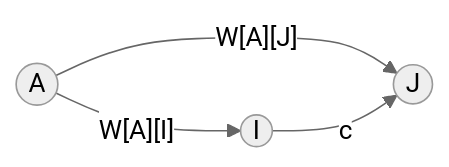
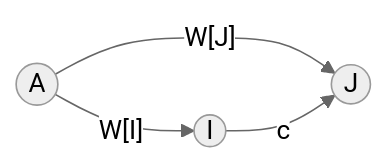
One commit to CHOYUNSIG/algorithm_with_boj changed the first of 3 diagrams in _posts/2024-01-07-bellman_ford.md. Above: the diagram before and after it, drawn with Mermaid (neutral theme). The commit also changed other lines of this file, not shown here.

````diff
--- a/_posts/2024-01-07-bellman_ford.md
+++ b/_posts/2024-01-07-bellman_ford.md
@@ -37,10 +37,10 @@
 ```mermaid!
 graph LR
-A -- <p style="text-shadow: 0px 0px 2px #FFF">W[A][I]</p> --> I
-A -- <p style="text-shadow: 0px 0px 2px #FFF">W[A][J]</p> --> J
+A -- <p style="text-shadow: 0px 0px 2px #FFF">W[I]</p> --> I
+A -- <p style="text-shadow: 0px 0px 2px #FFF">W[J]</p> --> J
 I -- <p style="text-shadow: 0px 0px 2px #FFF">c</p> --> J
 
 A((A))
 I((I))
 J((J))
 ```
````
